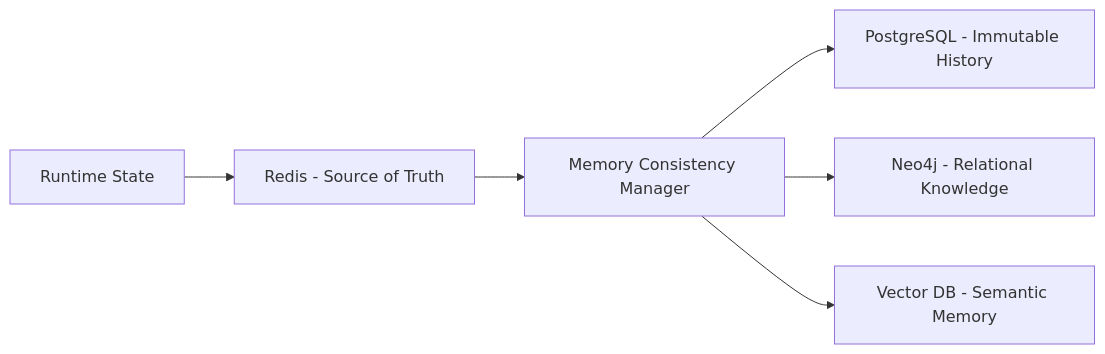
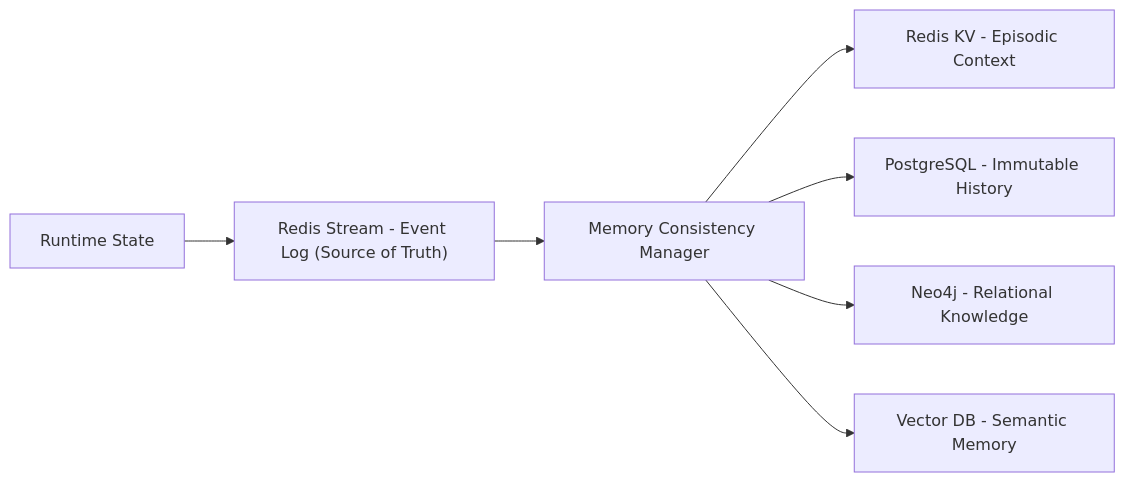
One commit to Blackdrg/levi-ai-innovate changed the second of 4 diagrams in README.md. Above: the diagram before and after it, drawn with Mermaid. The commit also changed other lines of this file and 54 other files, not shown here.

````diff
--- a/README.md
+++ b/README.md
@@ -118,8 +112,9 @@
 ```mermaid
 graph LR;
-    Runtime["Runtime State"] --> Redis["Redis - Source of Truth"];
-    Redis --> MCM["Memory Consistency Manager"];
+    Runtime["Runtime State"] --> Stream["Redis Stream - Event Log (Source of Truth)"];
+    Stream --> MCM["Memory Consistency Manager"];
+    MCM --> Redis["Redis KV - Episodic Context"];
     MCM --> Postgres["PostgreSQL - Immutable History"];
     MCM --> Neo4j["Neo4j - Relational Knowledge"];
     MCM --> Vector["Vector DB - Semantic Memory"];
 ```
````
